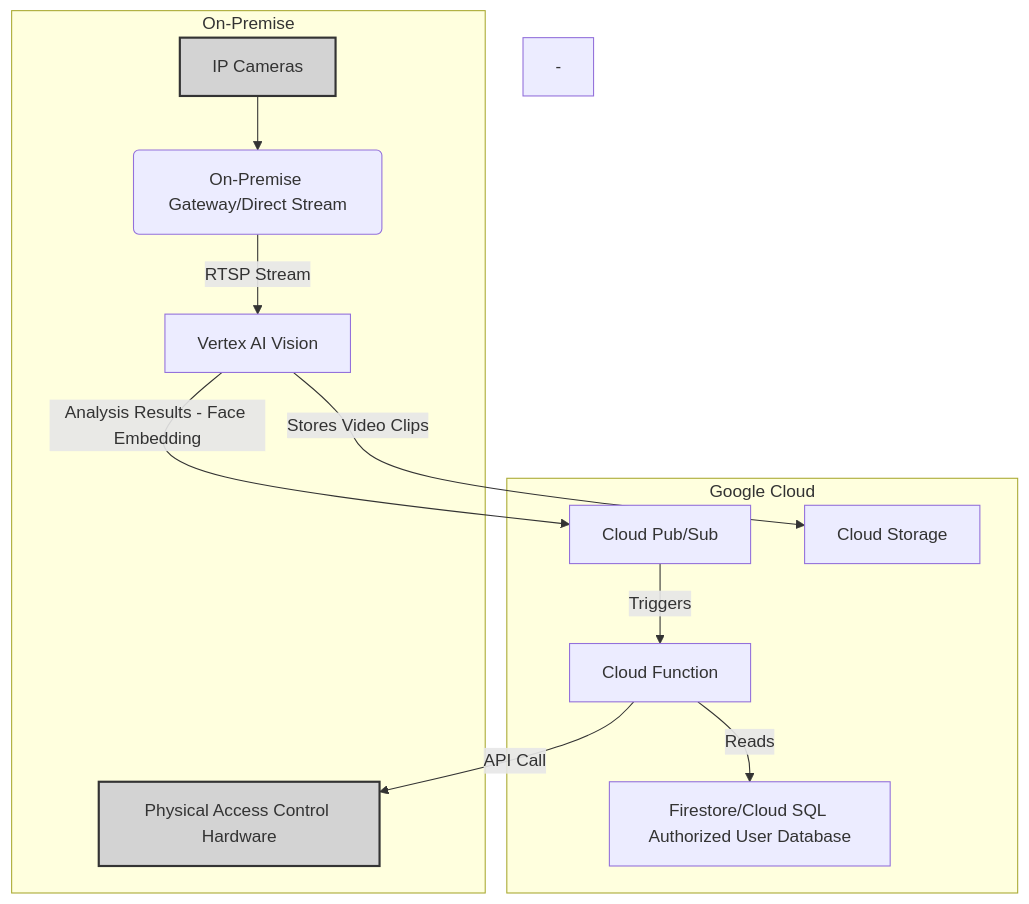
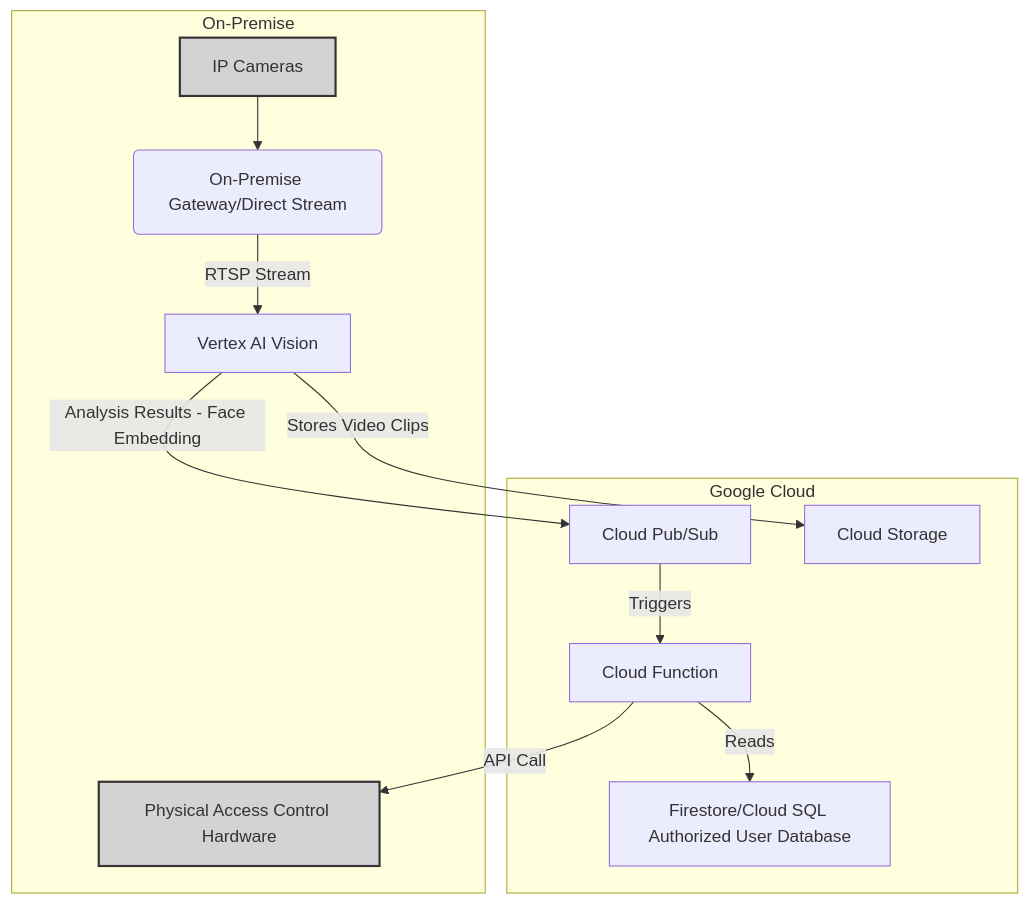
The diagram in ai_access_control.md (joelrader-google/mermaid-chart-samples), drawn with Mermaid before and after one commit.

````diff
--- a/ai_access_control.md
+++ b/ai_access_control.md
@@ -1,19 +1,19 @@
 ```mermaid
 graph TD
     subgraph On-Premise
         A[IP Cameras] --> B(On-Premise Gateway/Direct Stream);
         B -->|RTSP Stream| C[Vertex AI Vision];
         E[Physical Access Control Hardware]
     end
 
     subgraph Google Cloud
         C -- Analysis Results - Face Embedding --> D[Cloud Pub/Sub];
         D -- Triggers --> F[Cloud Function];
         F -- Reads --> G[Firestore/Cloud SQL Authorized User Database];
         F -- API Call --> E;
         C -- Stores Video Clips --> H[Cloud Storage];
-    end- 
+    end
 
     style A fill:#d3d3d3,stroke:#333,stroke-width:2px
     style E fill:#d3d3d3,stroke:#333,stroke-width:2px
 ```
````
